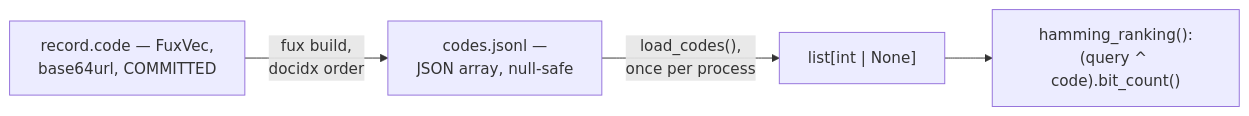
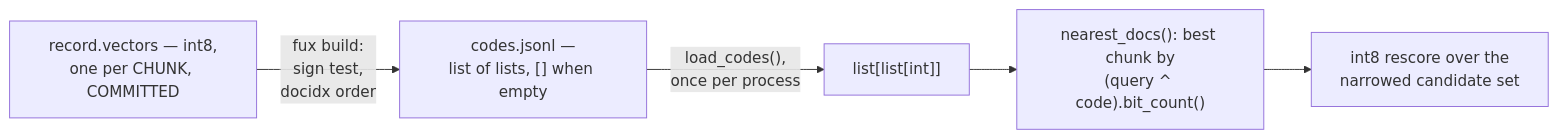
The diagram in docs/adr/0025_codes-table.md (arpitarya/fux), drawn with Mermaid before and after one commit. The commit also changed other lines of this file and 60 other files, not shown here.

````diff
--- a/docs/adr/0025_codes-table.md
+++ b/docs/adr/0025_codes-table.md
@@ -43,6 +70,7 @@
 ```mermaid
 flowchart LR
-    A["record.code — FuxVec,<br/>base64url, COMMITTED"] -->|"fux build,<br/>docidx order"| B["codes.jsonl —<br/>JSON array, null-safe"]
-    B -->|"load_codes(),<br/>once per process"| C["list[int | None]"]
-    C --> D["hamming_ranking():<br/>(query ^ code).bit_count()"]
+    A["record.vectors — int8,<br/>one per CHUNK, COMMITTED"] -->|"fux build:<br/>sign test,<br/>docidx order"| B["codes.jsonl —<br/>list of lists, [] when empty"]
+    B -->|"load_codes(),<br/>once per process"| C["list[list[int]]"]
+    C --> D["nearest_docs(): best chunk by<br/>(query ^ code).bit_count()"]
+    D --> E["int8 rescore over the<br/>narrowed candidate set"]
 ```
````
